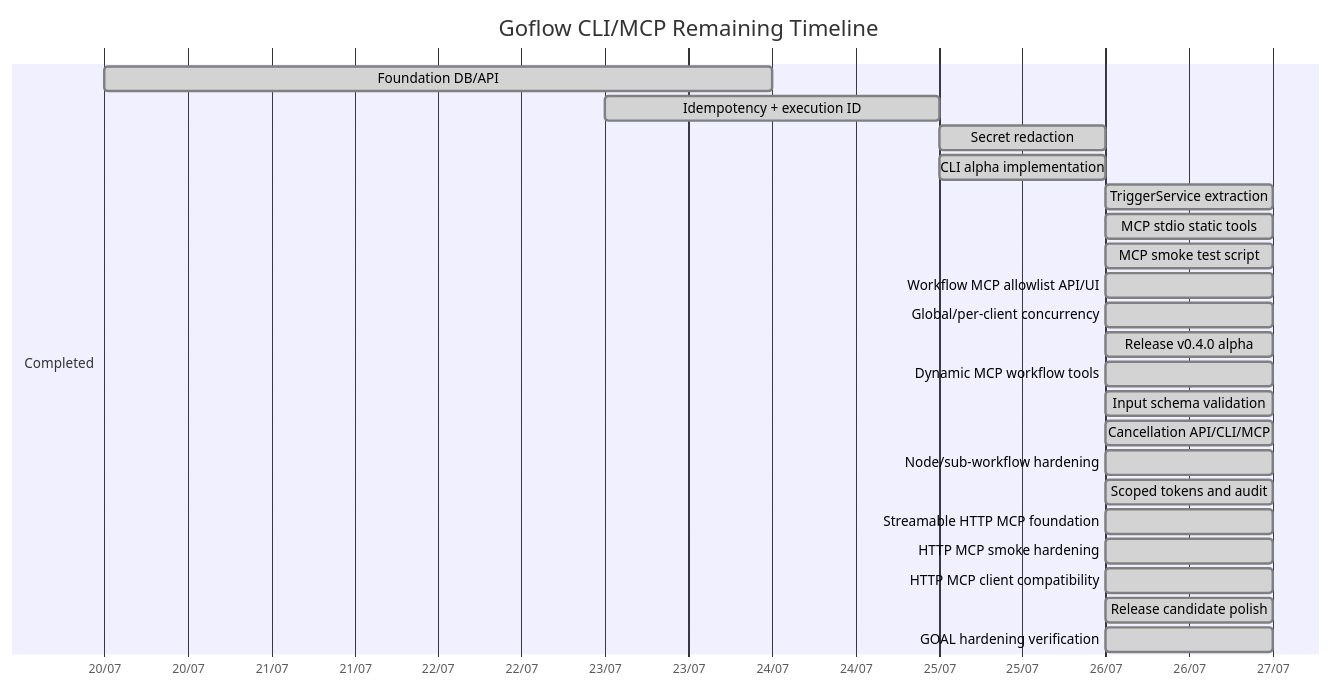
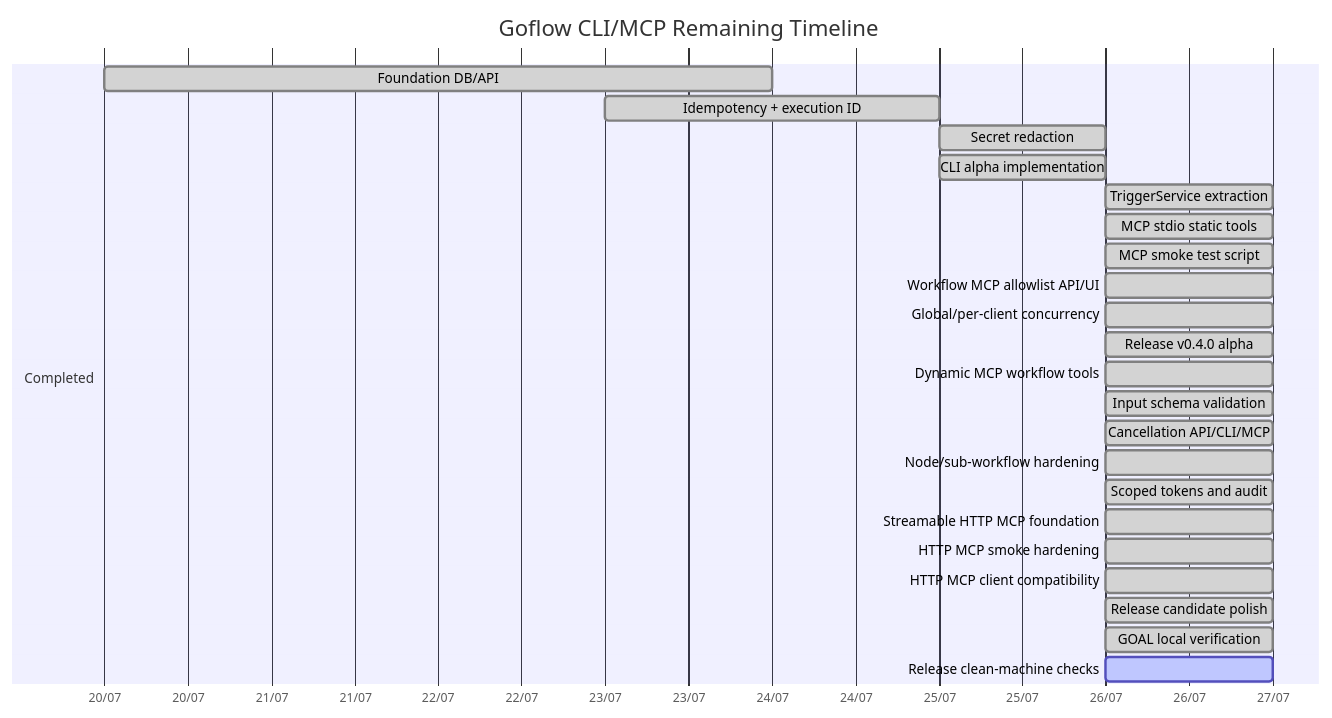
The second of 2 diagrams in ROADMAP_PROGRESS.md (hstptcn5/Goflow), drawn with Mermaid before and after one commit. The commit also changed other lines of this file and 28 other files, not shown here.

Commit message:
Complete GOAL hardening pass

````diff
--- a/ROADMAP_PROGRESS.md
+++ b/ROADMAP_PROGRESS.md
@@ -95,30 +102,31 @@
 ```mermaid
 gantt
     title Goflow CLI/MCP Remaining Timeline
     dateFormat  YYYY-MM-DD
     axisFormat  %d/%m
 
     section Completed
     Foundation DB/API             :done, f1, 2026-07-20, 4d
     Idempotency + execution ID     :done, f2, 2026-07-23, 2d
     Secret redaction               :done, f3, 2026-07-25, 1d
     CLI alpha implementation       :done, cli1, 2026-07-25, 1d
     TriggerService extraction      :done, svc1, 2026-07-26, 1d
     MCP stdio static tools         :done, mcp1, 2026-07-26, 1d
     MCP smoke test script          :done, mcp2, 2026-07-26, 1d
     Workflow MCP allowlist API/UI  :done, mcp3, 2026-07-26, 1d
     Global/per-client concurrency  :done, hard0, 2026-07-26, 1d
     Release v0.4.0 alpha           :done, rel1, 2026-07-26, 1d
     Dynamic MCP workflow tools     :done, mcp4, 2026-07-26, 1d
     Input schema validation        :done, mcp5, 2026-07-26, 1d
     Cancellation API/CLI/MCP       :done, hard2, 2026-07-26, 1d
     Node/sub-workflow hardening    :done, hard1, 2026-07-26, 1d
     Scoped tokens and audit        :done, sec1, 2026-07-26, 1d
 
     section Completed
     Streamable HTTP MCP foundation :done, http1, 2026-07-26, 1d
     HTTP MCP smoke hardening       :done, http2, 2026-07-26, 1d
     HTTP MCP client compatibility  :done, http3, 2026-07-26, 1d
     Release candidate polish       :done, rc1, 2026-07-26, 1d
-    GOAL hardening verification    :done, goal1, 2026-07-26, 1d
+    GOAL local verification        :done, goal1, 2026-07-26, 1d
+    Release clean-machine checks   :active, goal2, 2026-07-26, 1d
 ```
````
